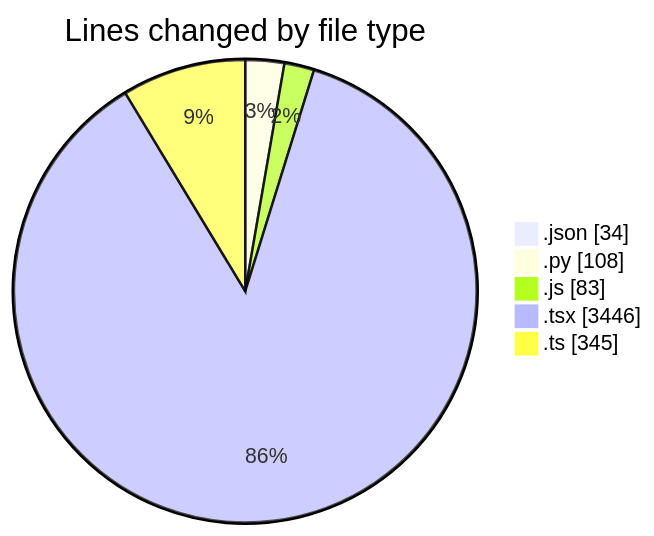
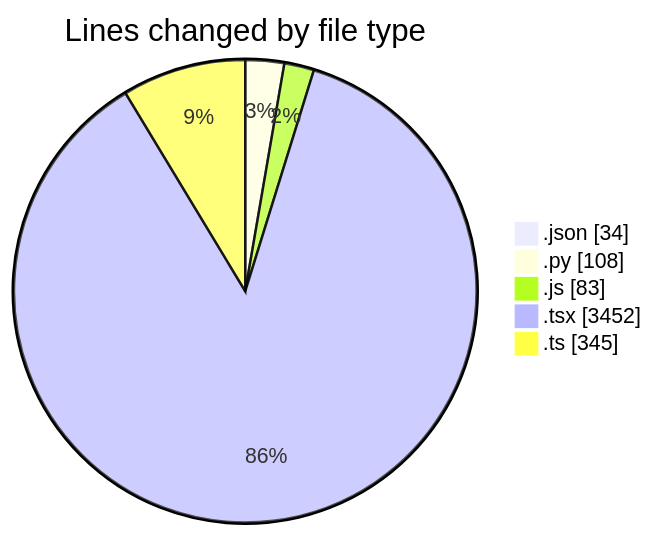
Before and after one commit to nxtqubesakshisongat/code-tracking: the first of 2 diagrams in 2026-07-28/nxtqube_webapp/README.md, drawn with Mermaid. The commit also changed other lines of this file and 1 other file, not shown here.

````diff
--- a/2026-07-28/nxtqube_webapp/README.md
+++ b/2026-07-28/nxtqube_webapp/README.md
@@ -34,9 +34,9 @@
 ```mermaid
 pie showData
 title Lines changed by file type
 ".json" : 34
 ".py" : 108
 ".js" : 83
-".tsx" : 3446
+".tsx" : 3452
 ".ts" : 345
 ```
````
